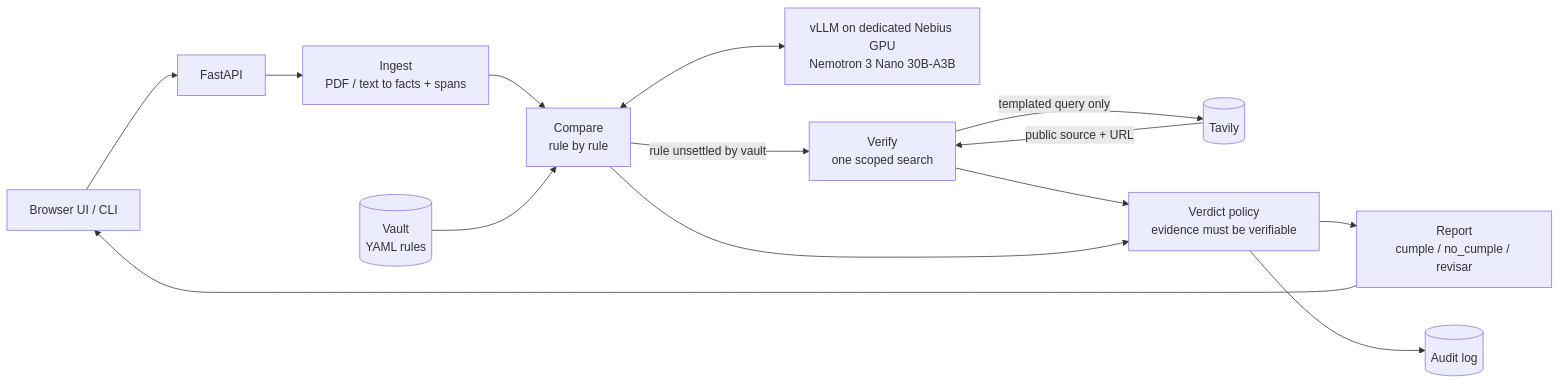
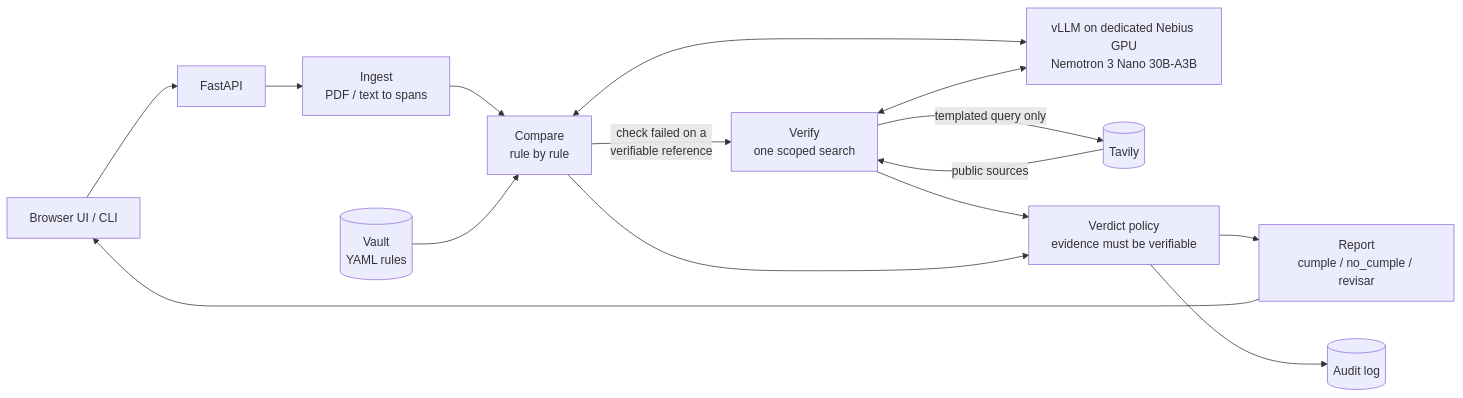
One commit to talacha/sentinel changed the diagram in README.md. Above: the diagram before and after it, drawn with Mermaid. The commit also changed other lines of this file and 5 other files, not shown here.

````diff
--- a/README.md
+++ b/README.md
@@ -84,16 +73,17 @@
 ```mermaid
 flowchart LR
     U[Browser UI / CLI] --> API[FastAPI]
-    API --> ING[Ingest<br/>PDF / text to facts + spans]
+    API --> ING[Ingest<br/>PDF / text to spans]
     ING --> CMP[Compare<br/>rule by rule]
     V[(Vault<br/>YAML rules)] --> CMP
     CMP <--> LLM[vLLM on dedicated Nebius GPU<br/>Nemotron 3 Nano 30B-A3B]
-    CMP -- "rule unsettled by vault" --> VER[Verify<br/>one scoped search]
+    CMP -- "check failed on a<br/>verifiable reference" --> VER[Verify<br/>one scoped search]
     VER -- "templated query only" --> TAV[(Tavily)]
-    TAV -- "public source + URL" --> VER
+    TAV -- "public sources" --> VER
+    VER <--> LLM
     VER --> POL[Verdict policy<br/>evidence must be verifiable]
     CMP --> POL
     POL --> REP[Report<br/>cumple / no_cumple / revisar]
     POL --> AUD[(Audit log)]
     REP --> U
 ```
````
